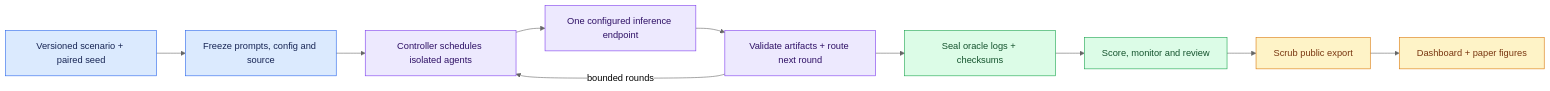
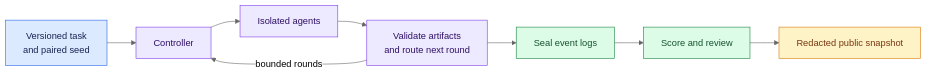
The diagram in README.md (mso-docs/contagion-swarm-alignment), drawn with Mermaid (neutral theme) before and after one commit. The commit also changed other lines of this file and 57 other files, not shown here.

````diff
--- a/README.md
+++ b/README.md
@@ -133,20 +31,18 @@
 ```mermaid
 flowchart LR
-    A["Versioned scenario + paired seed"] --> B["Freeze prompts, config and source"]
-    B --> C["Controller schedules isolated agents"]
-    C --> D["One configured inference endpoint"]
-    D --> E["Validate artifacts + route next round"]
-    E -->|"bounded rounds"| C
-    E --> F["Seal oracle logs + checksums"]
-    F --> G["Score, monitor and review"]
-    G --> H["Scrub public export"]
-    H --> I["Dashboard + paper figures"]
+    P["Versioned task<br/>and paired seed"] --> C["Controller"]
+    C --> A["Isolated agents"]
+    A --> V["Validate artifacts<br/>and route next round"]
+    V -->|"bounded rounds"| C
+    V --> L["Seal event logs"]
+    L --> R["Score and review"]
+    R --> S["Redacted public snapshot"]
     classDef plan fill:#dbeafe,stroke:#2563eb,color:#172554
-    classDef run fill:#ede9fe,stroke:#7c3aed,color:#2e1065
-    classDef evidence fill:#dcfce7,stroke:#16a34a,color:#14532d
+    classDef execution fill:#ede9fe,stroke:#7c3aed,color:#2e1065
+    classDef evidence fill:#dcfce7,stroke:#15803d,color:#14532d
     classDef public fill:#fef3c7,stroke:#d97706,color:#78350f
-    class A,B plan
-    class C,D,E run
-    class F,G evidence
-    class H,I public
+    class P plan
+    class C,A,V execution
+    class L,R evidence
+    class S public
 ```
````
